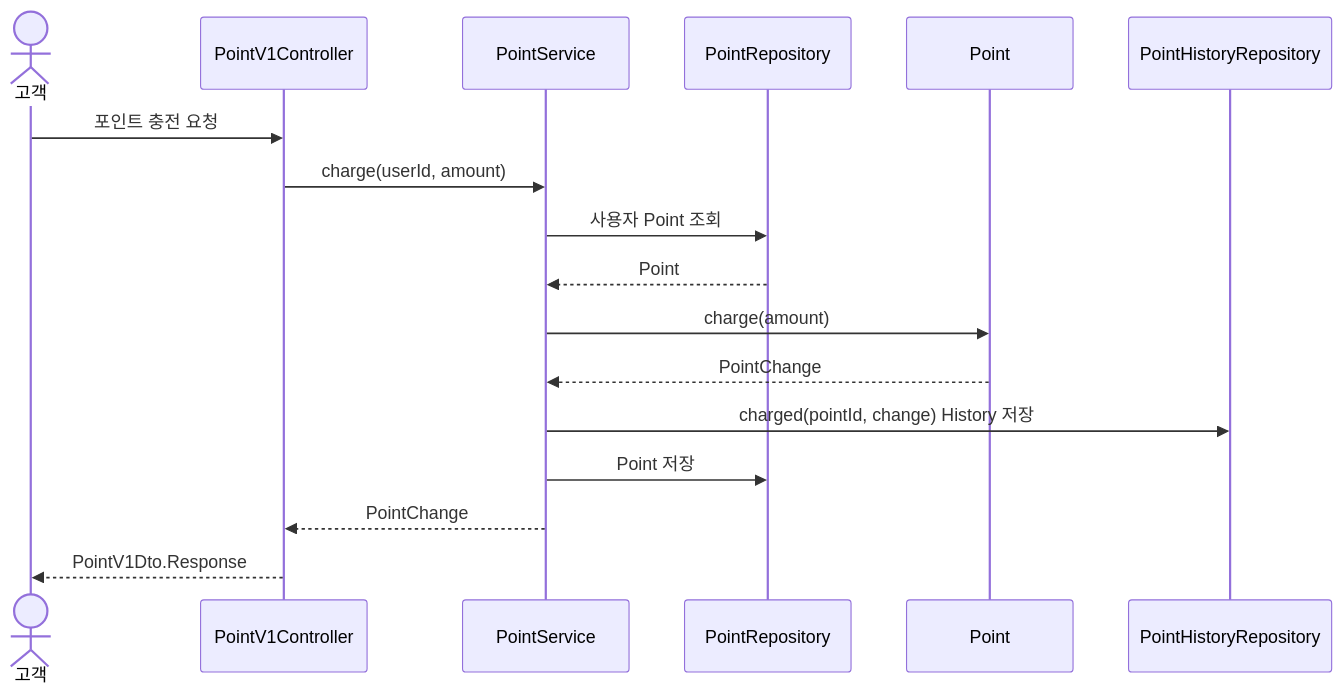
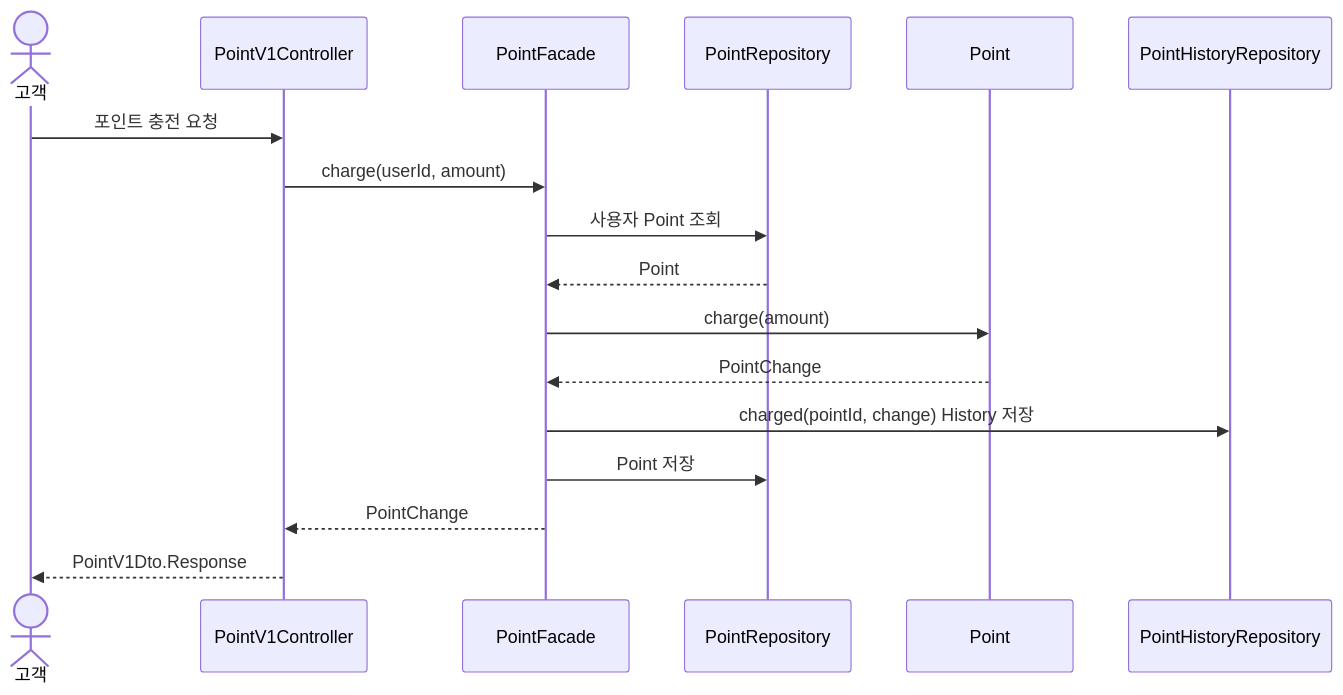
One commit to Jomeun/loop-pack-be-l2-vol5-java changed the first of 2 diagrams in docs/system-design/sections/04-use-cases.md. Above: the diagram before and after it, drawn with Mermaid. The commit also changed other lines of this file and 37 other files, not shown here.

````diff
--- a/docs/system-design/sections/04-use-cases.md
+++ b/docs/system-design/sections/04-use-cases.md
@@ -17,20 +17,20 @@
 ```mermaid
 sequenceDiagram
     actor Customer as 고객
     participant Controller as PointV1Controller
-    participant Service as PointService
+    participant Facade as PointFacade
     participant PointRepository
     participant Point
     participant HistoryRepository as PointHistoryRepository
 
     Customer->>Controller: 포인트 충전 요청
-    Controller->>Service: charge(userId, amount)
-    Service->>PointRepository: 사용자 Point 조회
-    PointRepository-->>Service: Point
-    Service->>Point: charge(amount)
-    Point-->>Service: PointChange
-    Service->>HistoryRepository: charged(pointId, change) History 저장
-    Service->>PointRepository: Point 저장
-    Service-->>Controller: PointChange
+    Controller->>Facade: charge(userId, amount)
+    Facade->>PointRepository: 사용자 Point 조회
+    PointRepository-->>Facade: Point
+    Facade->>Point: charge(amount)
+    Point-->>Facade: PointChange
+    Facade->>HistoryRepository: charged(pointId, change) History 저장
+    Facade->>PointRepository: Point 저장
+    Facade-->>Controller: PointChange
     Controller-->>Customer: PointV1Dto.Response
 ```
````
